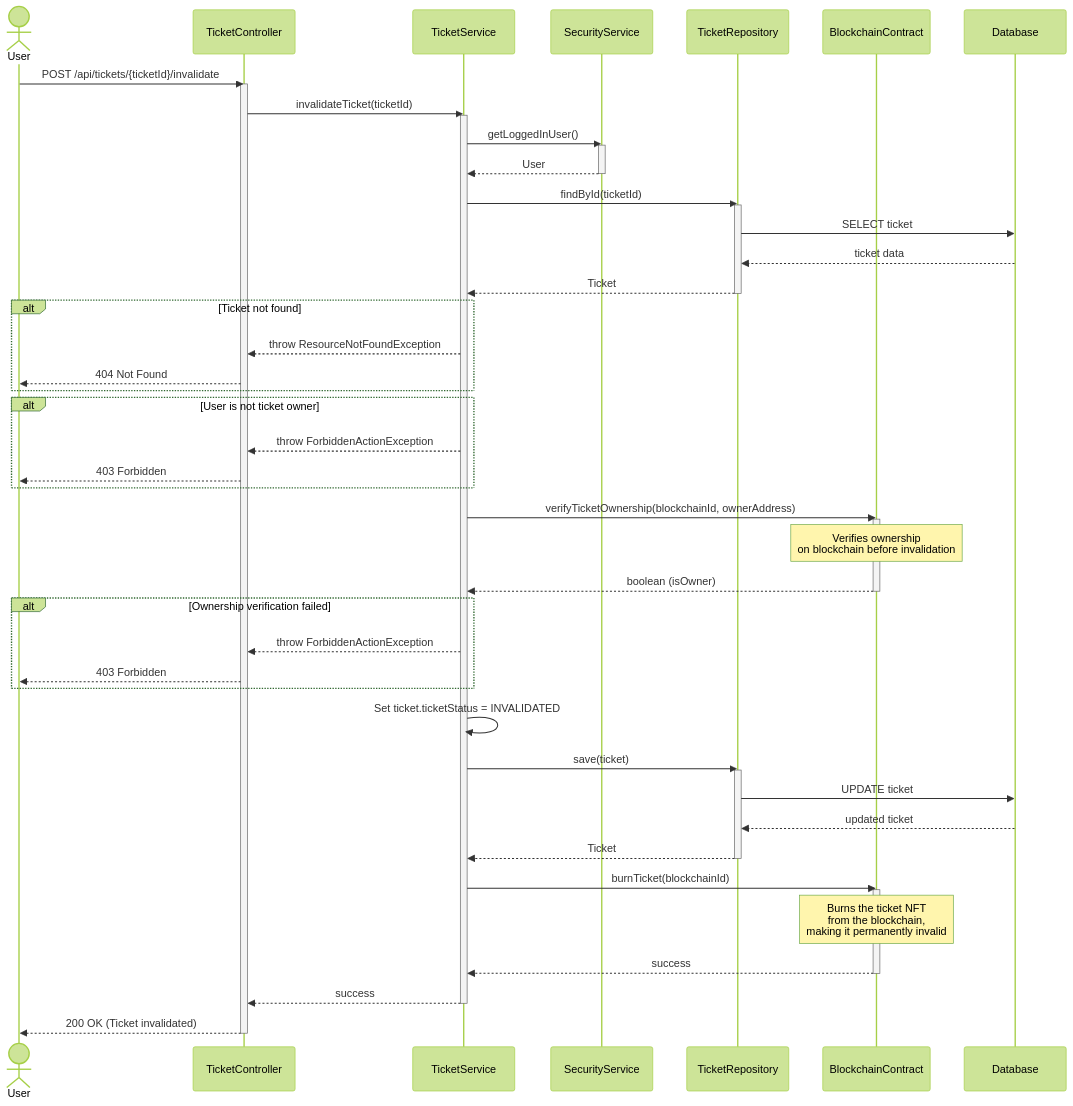
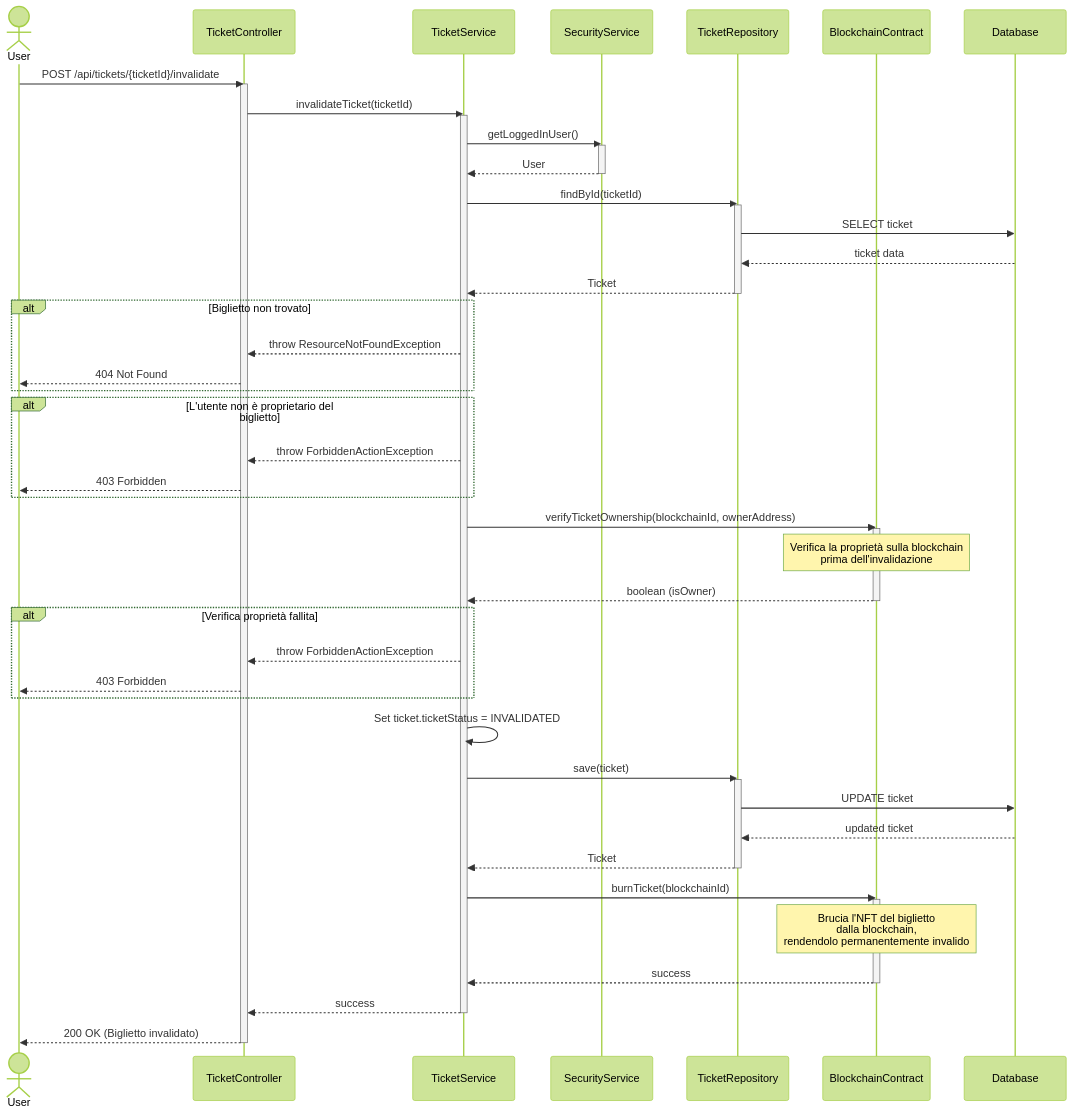
Before and after one commit to s-lusito/TicketBlock-Ing_Sw: the diagram in docs/sequence-ticket-invalidation.md, drawn with Mermaid (forest theme). The commit also changed other lines of this file and 6 other files, not shown here.

Commit message:
Translate UML diagram comments to Italian while keeping code elements in English

````diff
--- a/docs/sequence-ticket-invalidation.md
+++ b/docs/sequence-ticket-invalidation.md
@@ -5,70 +5,70 @@
 ```mermaid
 sequenceDiagram
     actor User
     participant Controller as TicketController
     participant Service as TicketService
     participant SecurityService
     participant TicketRepo as TicketRepository
     participant TicketContract as BlockchainContract
     participant DB as Database
 
     User->>Controller: POST /api/tickets/{ticketId}/invalidate
     activate Controller
     
     Controller->>Service: invalidateTicket(ticketId)
     activate Service
     
     Service->>SecurityService: getLoggedInUser()
     activate SecurityService
     SecurityService-->>Service: User
     deactivate SecurityService
     
     Service->>TicketRepo: findById(ticketId)
     activate TicketRepo
     TicketRepo->>DB: SELECT ticket
     DB-->>TicketRepo: ticket data
     TicketRepo-->>Service: Ticket
     deactivate TicketRepo
     
-    alt Ticket not found
+    alt Biglietto non trovato
         Service-->>Controller: throw ResourceNotFoundException
         Controller-->>User: 404 Not Found
     end
     
-    alt User is not ticket owner
+    alt L'utente non è proprietario del biglietto
         Service-->>Controller: throw ForbiddenActionException
         Controller-->>User: 403 Forbidden
     end
     
     Service->>TicketContract: verifyTicketOwnership(blockchainId, ownerAddress)
     activate TicketContract
-    Note over TicketContract: Verifies ownership<br/>on blockchain before invalidation
+    Note over TicketContract: Verifica la proprietà sulla blockchain<br/>prima dell'invalidazione
     TicketContract-->>Service: boolean (isOwner)
     deactivate TicketContract
     
-    alt Ownership verification failed
+    alt Verifica proprietà fallita
         Service-->>Controller: throw ForbiddenActionException
         Controller-->>User: 403 Forbidden
     end
     
     Service->>Service: Set ticket.ticketStatus = INVALIDATED
     
     Service->>TicketRepo: save(ticket)
     activate TicketRepo
     TicketRepo->>DB: UPDATE ticket
     DB-->>TicketRepo: updated ticket
     TicketRepo-->>Service: Ticket
     deactivate TicketRepo
     
     Service->>TicketContract: burnTicket(blockchainId)
     activate TicketContract
-    Note over TicketContract: Burns the ticket NFT<br/>from the blockchain,<br/>making it permanently invalid
+    Note over TicketContract: Brucia l'NFT del biglietto<br/>dalla blockchain,<br/>rendendolo permanentemente invalido
     TicketContract-->>Service: success
     deactivate TicketContract
     
     Service-->>Controller: success
     deactivate Service
     
-    Controller-->>User: 200 OK (Ticket invalidated)
+    Controller-->>User: 200 OK (Biglietto invalidato)
     deactivate Controller
 ```
````
